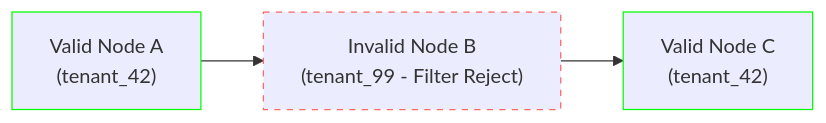
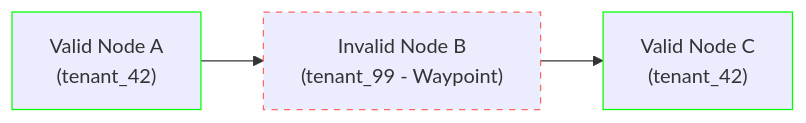
Before and after one commit to dip4k/senior-engineer-to-ai-engineer-roadmap: the third of 4 diagrams in 02-rag-and-knowledge-systems/05-predicate-filtering-and-acorn.md, drawn with Mermaid. The commit also changed other lines of this file and 10 other files, not shown here.

````diff
--- a/02-rag-and-knowledge-systems/05-predicate-filtering-and-acorn.md
+++ b/02-rag-and-knowledge-systems/05-predicate-filtering-and-acorn.md
@@ -84,9 +96,9 @@
 ```mermaid
 flowchart LR
-    Start["Valid Node A<br>(tenant_42)"] --> Waypoint["Invalid Node B<br>(tenant_99 - Filter Reject)"]
+    Start["Valid Node A<br>(tenant_42)"] --> Waypoint["Invalid Node B<br>(tenant_99 - Waypoint)"]
     Waypoint --> Target["Valid Node C<br>(tenant_42)"]
     
     style Waypoint stroke:#f66,stroke-dasharray: 5 5
     style Start stroke:#0f0
     style Target stroke:#0f0
 ```
````
